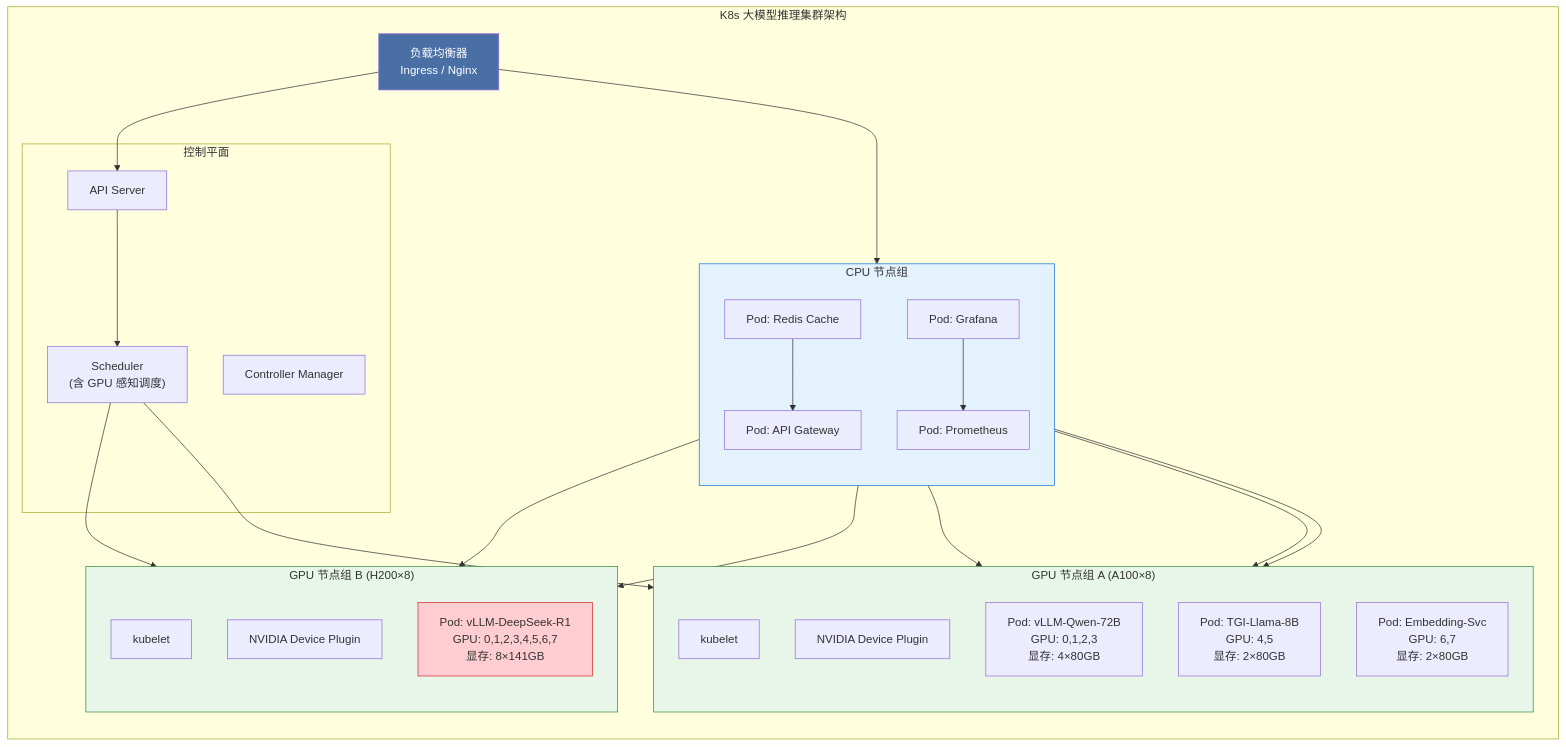
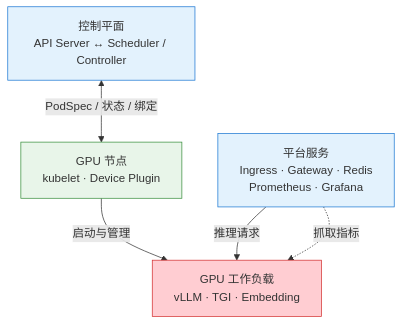
One commit to BeefWrap4/LLM-Knowledge-Base changed the sixth of 7 diagrams in 24_云原生部署与工程化.md. Above: the diagram before and after it, drawn with Mermaid. The commit also changed other lines of this file and 8 other files, not shown here.

Commit message:
Fix Mermaid semantics and Obsidian layouts

````diff
--- a/24_云原生部署与工程化.md
+++ b/24_云原生部署与工程化.md
@@ -2820,57 +2772,17 @@
 ```mermaid
 flowchart TB
-    subgraph "K8s 大模型推理集群架构"
-        direction TB
+    Control["控制平面<br/>API Server ↔ Scheduler / Controller"]
+    Node["GPU 节点<br/>kubelet · Device Plugin"]
+    Platform["平台服务<br/>Ingress · Gateway · Redis<br/>Prometheus · Grafana"]
+    Workloads["GPU 工作负载<br/>vLLM · TGI · Embedding"]
 
-        LB["负载均衡器<br/>Ingress / Nginx"]
+    Control <-->|"PodSpec / 状态 / 绑定"| Node
+    Node -->|"启动与管理"| Workloads
+    Platform -->|"推理请求"| Workloads
+    Platform -.->|"抓取指标"| Workloads
 
-        subgraph Control["控制平面"]
-            API["API Server"]
-            SCHED["Scheduler<br/>(含 GPU 感知调度)"]
-            CM["Controller Manager"]
-        end
-
-        subgraph GPU_Node1["GPU 节点组 A (A100×8)"]
-            direction TB
-            K1["kubelet"]
-            D1["NVIDIA Device Plugin"]
-            P1_1["Pod: vLLM-Qwen-72B<br/>GPU: 0,1,2,3<br/>显存: 4×80GB"]
-            P1_2["Pod: TGI-Llama-8B<br/>GPU: 4,5<br/>显存: 2×80GB"]
-            P1_3["Pod: Embedding-Svc<br/>GPU: 6,7<br/>显存: 2×80GB"]
-        end
-
-        subgraph GPU_Node2["GPU 节点组 B (H200×8)"]
-            direction TB
-            K2["kubelet"]
-            D2["NVIDIA Device Plugin"]
-            P2_1["Pod: vLLM-DeepSeek-R1<br/>GPU: 0,1,2,3,4,5,6,7<br/>显存: 8×141GB"]
-        end
-
-        subgraph CPU_Node["CPU 节点组"]
-            direction TB
-            P3_1["Pod: API Gateway"]
-            P3_2["Pod: Redis Cache"]
-            P3_3["Pod: Prometheus"]
-            P3_4["Pod: Grafana"]
-        end
-
-        LB --> API
-        LB --> P3_1
-        API --> SCHED
-        SCHED --> K1
-        SCHED --> K2
-        P3_1 --> P1_1
-        P3_1 --> P1_2
-        P3_1 --> P2_1
-        P3_2 --> P3_1
-        P3_3 --> P1_1
-        P3_3 --> P2_1
-        P3_4 --> P3_3
-    end
-
-    style LB fill:#4A6FA5,color:#fff
-    style GPU_Node1 fill:#e8f5e9,stroke:#388e3c
-    style GPU_Node2 fill:#e8f5e9,stroke:#388e3c
-    style CPU_Node fill:#e3f2fd,stroke:#1976d2
-    style P2_1 fill:#ffcdd2,stroke:#d32f2f
+    style Control fill:#e3f2fd,stroke:#1976d2
+    style Node fill:#e8f5e9,stroke:#388e3c
+    style Platform fill:#e3f2fd,stroke:#1976d2
+    style Workloads fill:#ffcdd2,stroke:#d32f2f
 ```
````
